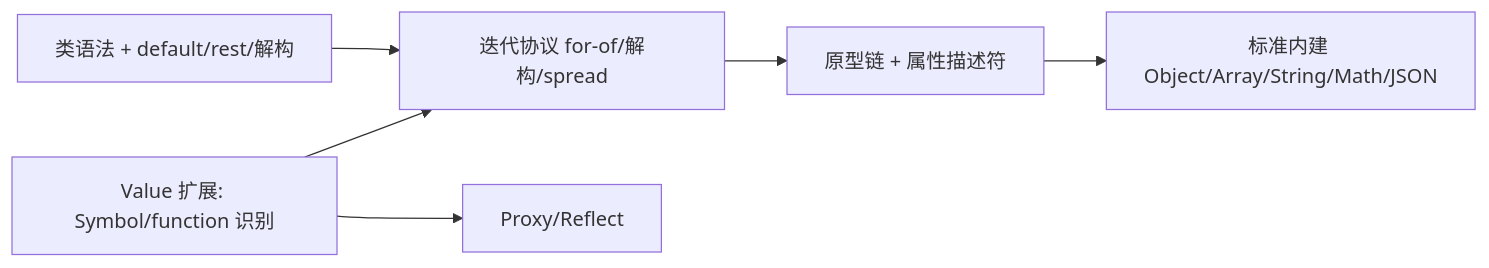
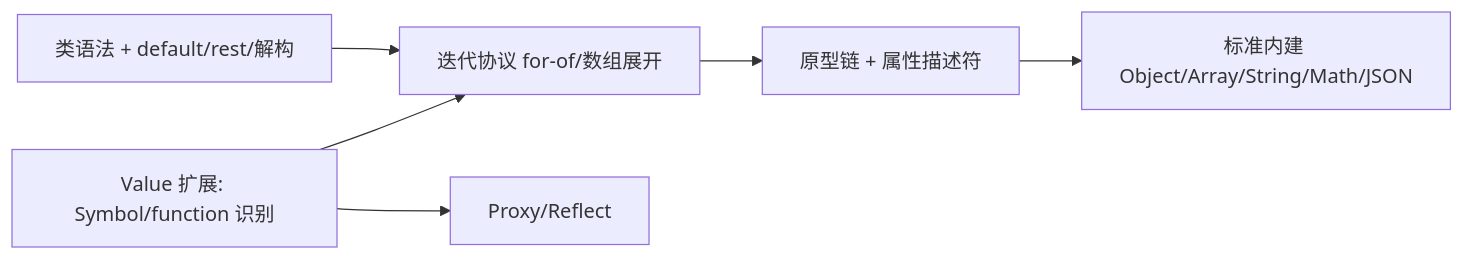
One commit to codehz/yield-js changed the diagram in docs/gaps.md. Above: the diagram before and after it, drawn with Mermaid. The commit also changed other lines of this file and 9 other files, not shown here.

````diff
--- a/docs/gaps.md
+++ b/docs/gaps.md
@@ -71,8 +71,8 @@
 ```mermaid
 flowchart LR
-  A[Value 扩展: Symbol/function 识别] --> B[迭代协议 for-of/解构/spread]
+  A[Value 扩展: Symbol/function 识别] --> B[迭代协议 for-of/数组展开]
   B --> C[原型链 + 属性描述符]
   C --> D[标准内建 Object/Array/String/Math/JSON]
   A --> E[Proxy/Reflect]
   F[类语法 + default/rest/解构] --> B
 ```
````
